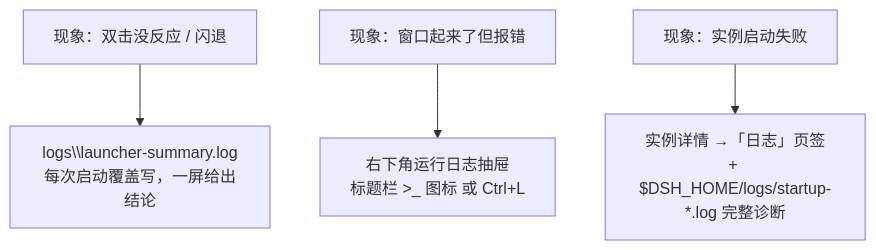
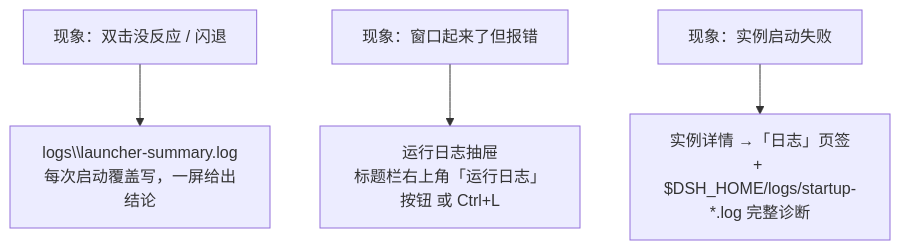
The diagram in docs/guide/07-troubleshooting.md (IDKWhatID2Use/whales-launcher), drawn with Mermaid before and after one commit. The commit also changed other lines of this file and 65 other files, not shown here.

````diff
--- a/docs/guide/07-troubleshooting.md
+++ b/docs/guide/07-troubleshooting.md
@@ -9,6 +9,6 @@
 ```mermaid
 graph TD
   A["现象：双击没反应 / 闪退"] --> B["logs\\launcher-summary.log<br/>每次启动覆盖写，一屏给出结论"]
-  C["现象：窗口起来了但报错"] --> D["右下角运行日志抽屉<br/>标题栏 >_ 图标 或 Ctrl+L"]
+  C["现象：窗口起来了但报错"] --> D["运行日志抽屉<br/>标题栏右上角「运行日志」按钮 或 Ctrl+L"]
   E["现象：实例启动失败"] --> F["实例详情 →「日志」页签<br/>+ $DSH_HOME/logs/startup-*.log 完整诊断"]
 ```
````
